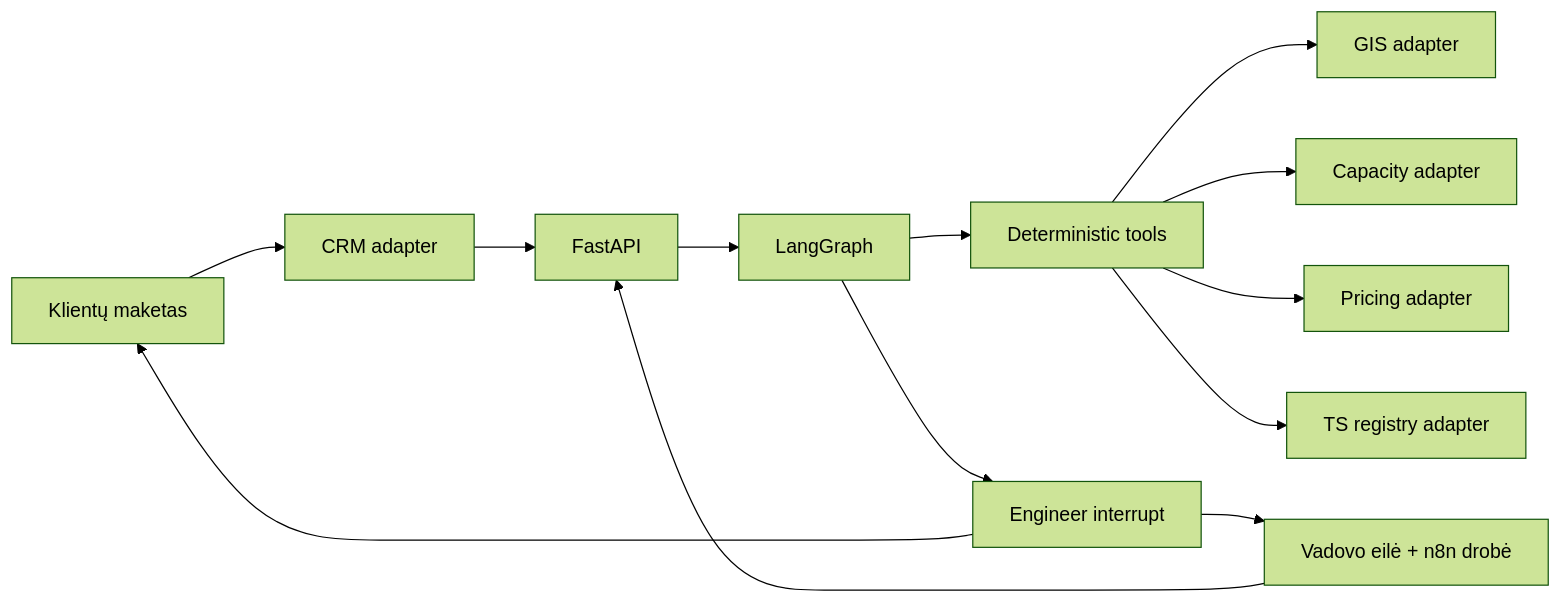
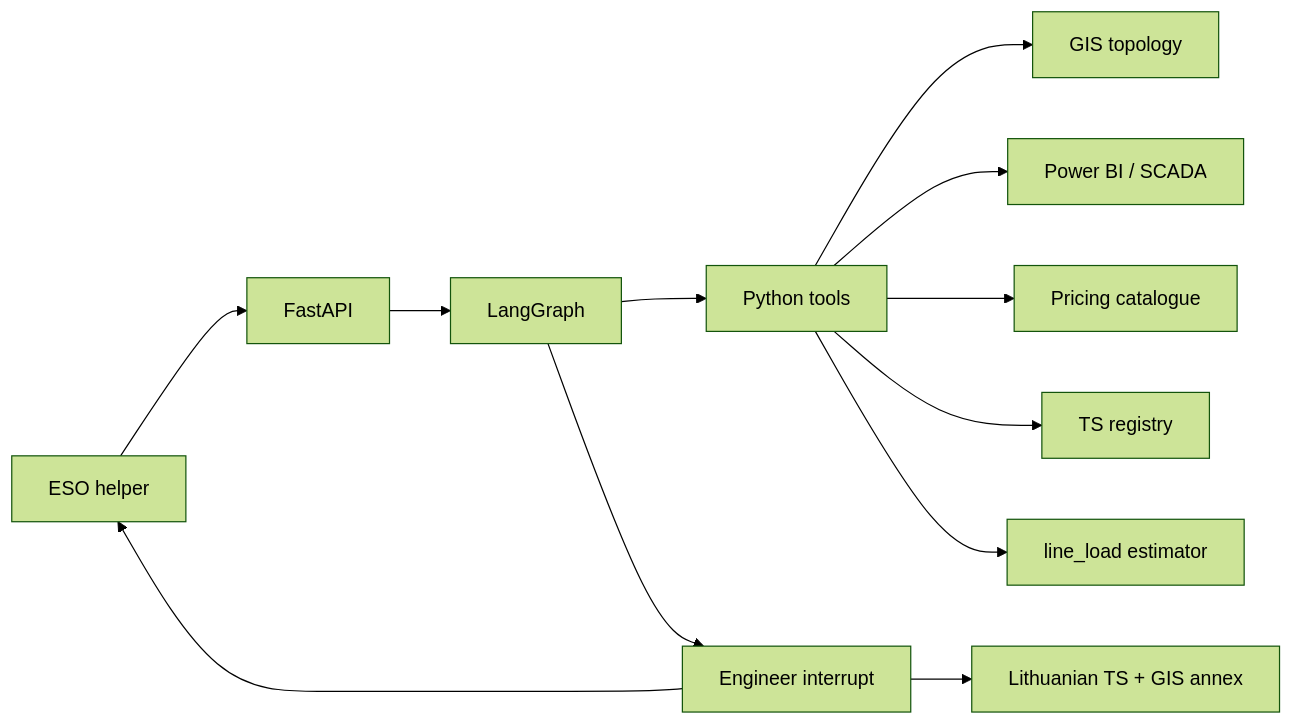
Before and after one commit to VentureJuozas/ESO-automation: the first of 2 diagrams in docs/ARCHITECTURE.md, drawn with Mermaid (forest theme). The commit also changed other lines of this file and 43 other files, not shown here.

First line of the commit message:
Redesign ESO helper as a single-case English product.

````diff
--- a/docs/ARCHITECTURE.md
+++ b/docs/ARCHITECTURE.md
@@ -5,15 +7,14 @@
 ```mermaid
 flowchart LR
-  Portal[Klientų maketas] --> CRM[CRM adapter]
-  CRM --> API[FastAPI]
-  UI[Vadovo eilė + n8n drobė] --> API
+  UI[ESO helper] --> API[FastAPI]
   API --> G[LangGraph]
-  G --> T[Deterministic tools]
-  T --> GIS[GIS adapter]
-  T --> CAP[Capacity adapter]
-  T --> PRICE[Pricing adapter]
-  T --> REG[TS registry adapter]
+  G --> T[Python tools]
+  T --> GIS[GIS topology]
+  T --> CAP[Power BI / SCADA]
+  T --> PRICE[Pricing catalogue]
+  T --> REG[TS registry]
+  T --> LL[line_load estimator]
   G --> H[Engineer interrupt]
   H --> UI
-  H --> Portal
+  H --> TS[Lithuanian TS + GIS annex]
 ```
````
